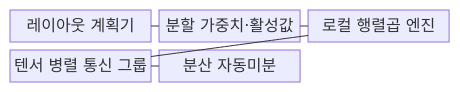
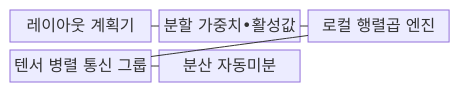
One commit to agnusdei1207/knowledge-base changed the first of 2 diagrams in src/content/docs/notes/08-latest-tech/157_tensor_parallelism.md. Above: the diagram before and after it, drawn with Mermaid. The commit also changed other lines of this file and 953 other files, not shown here.

````diff
--- a/src/content/docs/notes/08-latest-tech/157_tensor_parallelism.md
+++ b/src/content/docs/notes/08-latest-tech/157_tensor_parallelism.md
@@ -69,13 +69,13 @@
 ```mermaid
 block-beta
   columns 3
   A["레이아웃 계획기"]
-  B["분할 가중치·활성값"]
+  B["분할 가중치•활성값"]
   C["로컬 행렬곱 엔진"]
   D["텐서 병렬 통신 그룹"]
   E["분산 자동미분"]
   A --- B
   B --- C
   C --- D
   D --- E
 ```
````
